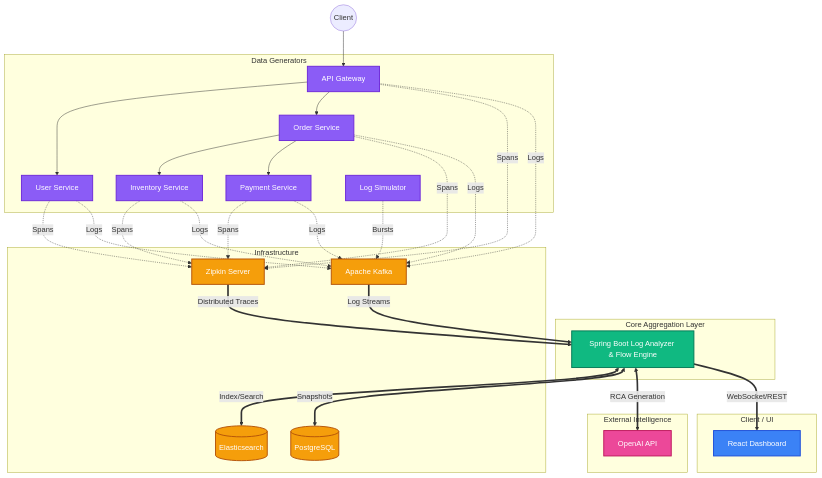
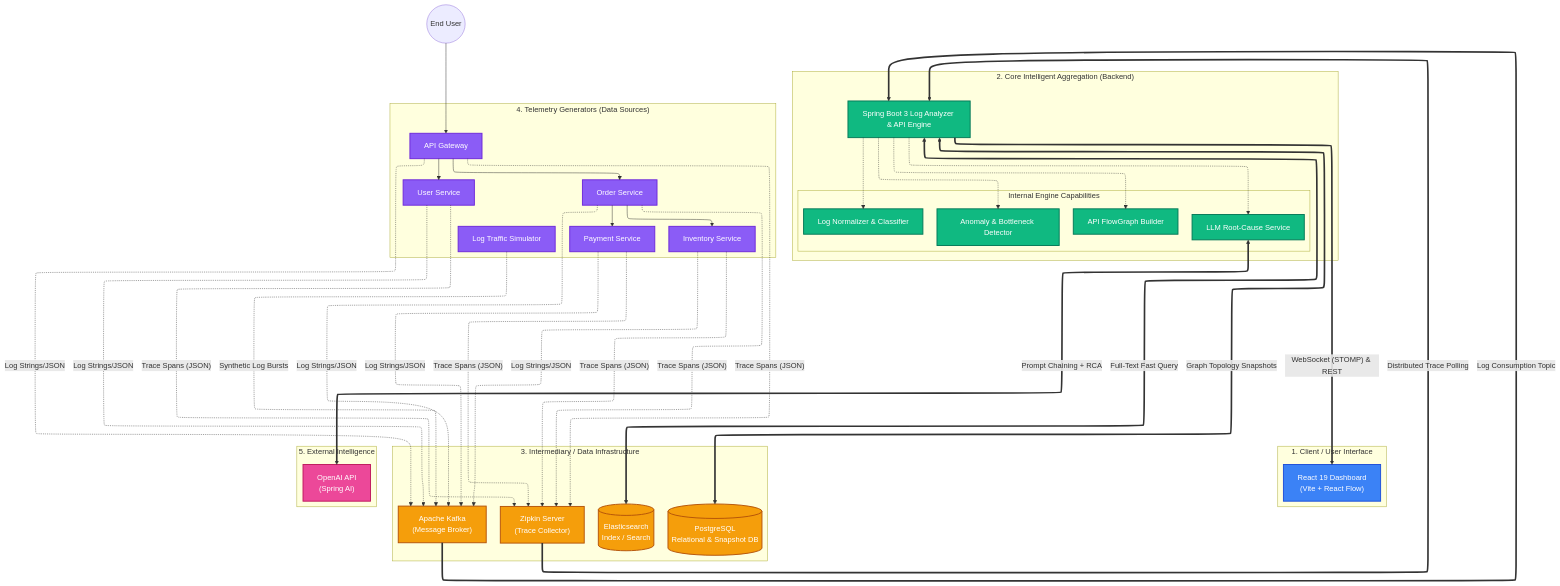
Before and after one commit to bhagyeshmagar/AI-LogAnalyzer-RCASystem: the diagram in README.md, drawn with Mermaid.

Commit message:
Revise architecture diagram for clarity and detailre
Updated architecture diagram with improved descriptions and structure.

````diff
--- a/README.md
+++ b/README.md
@@ -31,58 +31,74 @@
 ```mermaid
+---
+config:
+  layout: elk
+---
 graph TD
     classDef frontend fill:#3b82f6,stroke:#1d4ed8,stroke-width:2px,color:#fff
     classDef backend fill:#10b981,stroke:#047857,stroke-width:2px,color:#fff
     classDef infra fill:#f59e0b,stroke:#b45309,stroke-width:2px,color:#fff
     classDef demo fill:#8b5cf6,stroke:#6d28d9,stroke-width:2px,color:#fff
     classDef ai fill:#ec4899,stroke:#be185d,stroke-width:2px,color:#fff
 
-    subgraph "Client / UI"
-        Dashboard[React Dashboard]:::frontend
+    subgraph "1. Client / User Interface"
+        Dashboard["React 19 Dashboard<br/>(Vite + React Flow)"]:::frontend
     end
 
-    subgraph "Core Aggregation Layer"
-        Analyzer[Spring Boot Log Analyzer & Flow Engine]:::backend
+    subgraph "2. Core Intelligent Aggregation (Backend)"
+        Analyzer["Spring Boot 3 Log Analyzer & API Engine"]:::backend
+        
+        subgraph "Internal Engine Capabilities"
+            LogNorm["Log Normalizer & Classifier"]:::backend
+            GraphBuilder["API FlowGraph Builder"]:::backend
+            BottleneckDet["Anomaly & Bottleneck Detector"]:::backend
+            RCA["LLM Root-Cause Service"]:::backend
+        end
+        
+        Analyzer -.-> LogNorm
+        Analyzer -.-> GraphBuilder
+        Analyzer -.-> BottleneckDet
+        Analyzer -.-> RCA
     end
 
-    subgraph "Infrastructure"
-        Kafka[Apache Kafka]:::infra
-        Zipkin[Zipkin Server]:::infra
-        ES[(Elasticsearch)]:::infra
-        PG[(PostgreSQL)]:::infra
+    subgraph "3. Intermediary / Data Infrastructure"
+        Kafka["Apache Kafka<br/>(Message Broker)"]:::infra
+        Zipkin["Zipkin Server<br/>(Trace Collector)"]:::infra
+        ES[("Elasticsearch<br/>Index / Search")]:::infra
+        PG[("PostgreSQL<br/>Relational & Snapshot DB")]:::infra
     end
 
-    subgraph "Data Generators"
-        Gateway[API Gateway]:::demo
-        UserService[User Service]:::demo
-        OrderService[Order Service]:::demo
-        InventoryService[Inventory Service]:::demo
-        PaymentService[Payment Service]:::demo
-        Simulator[Log Simulator]:::demo
+    subgraph "4. Telemetry Generators (Data Sources)"
+        Gateway["API Gateway"]:::demo
+        UserService["User Service"]:::demo
+        OrderService["Order Service"]:::demo
+        InventoryService["Inventory Service"]:::demo
+        PaymentService["Payment Service"]:::demo
+        Simulator["Log Traffic Simulator"]:::demo
     end
     
-    subgraph "External Intelligence"
-        LLM[OpenAI API]:::ai
+    subgraph "5. External Intelligence"
+        LLM["OpenAI API<br/>(Spring AI)"]:::ai
     end
-
-    %% Generator linkages
-    ClientRequest((Client)) --> Gateway
+    ClientReq((End User)) --> Gateway
     Gateway --> UserService
     Gateway --> OrderService
     OrderService --> InventoryService
     OrderService --> PaymentService
-
-    %% Trace & Log Ingestion
-    Gateway & UserService & OrderService & InventoryService & PaymentService -.->|Spans| Zipkin
-    Gateway & UserService & OrderService & InventoryService & PaymentService -.->|Logs| Kafka
-    Simulator -.->|Bursts| Kafka
-    
-    %% Processing
-    Kafka ==>|Log Streams| Analyzer
-    Zipkin ==>|Distributed Traces| Analyzer
-    Analyzer <==>|Index/Search| ES
-    Analyzer <==>|Snapshots| PG
-    Analyzer <==>|RCA Generation| LLM
-    
-    %% Realtime Updates
-    Analyzer == WebSocket/REST ==> Dashboard
+    Gateway -.->|"Trace Spans (JSON)"| Zipkin
+    UserService -.->|"Trace Spans (JSON)"| Zipkin
+    OrderService -.->|"Trace Spans (JSON)"| Zipkin
+    InventoryService -.->|"Trace Spans (JSON)"| Zipkin
+    PaymentService -.->|"Trace Spans (JSON)"| Zipkin
+    Gateway -.->|"Log Strings/JSON"| Kafka
+    UserService -.->|"Log Strings/JSON"| Kafka
+    OrderService -.->|"Log Strings/JSON"| Kafka
+    InventoryService -.->|"Log Strings/JSON"| Kafka
+    PaymentService -.->|"Log Strings/JSON"| Kafka
+    Simulator -.->|"Synthetic Log Bursts"| Kafka
+    Kafka ==>|"Log Consumption Topic"| Analyzer
+    Zipkin ==>|"Distributed Trace Polling"| Analyzer
+    Analyzer <==>|"Full-Text Fast Query"| ES
+    Analyzer <==>|"Graph Topology Snapshots"| PG
+    RCA <==>|"Prompt Chaining + RCA"| LLM
+    Analyzer ==>|"WebSocket (STOMP) & REST"| Dashboard
 ```
````
